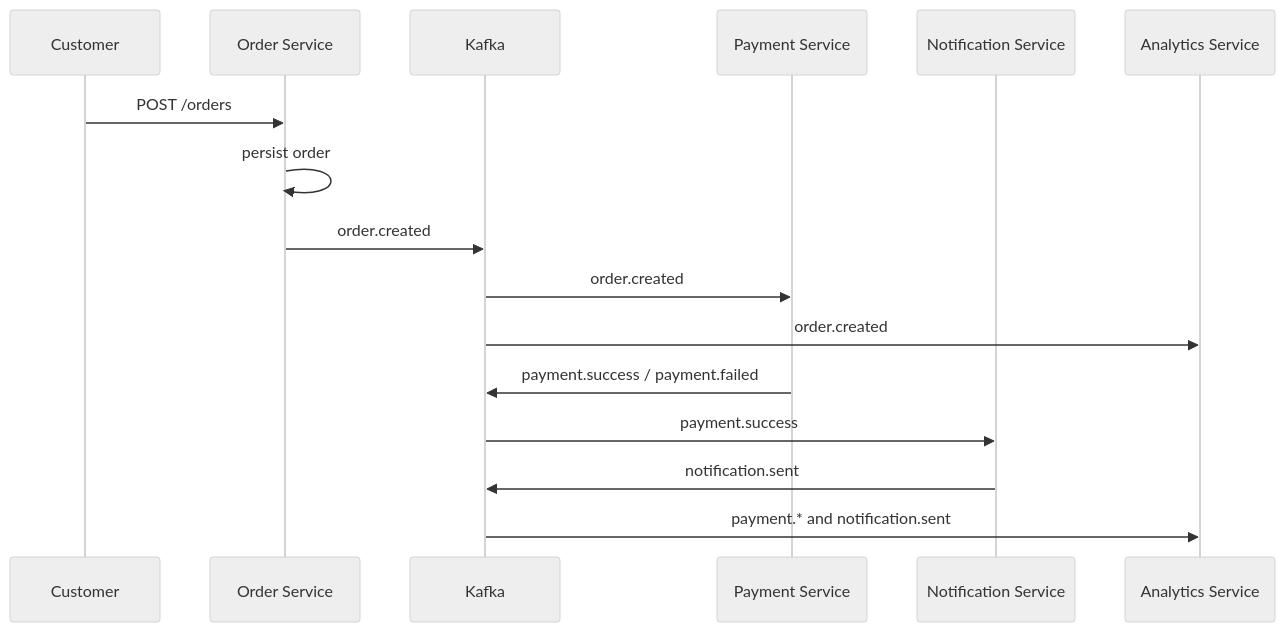
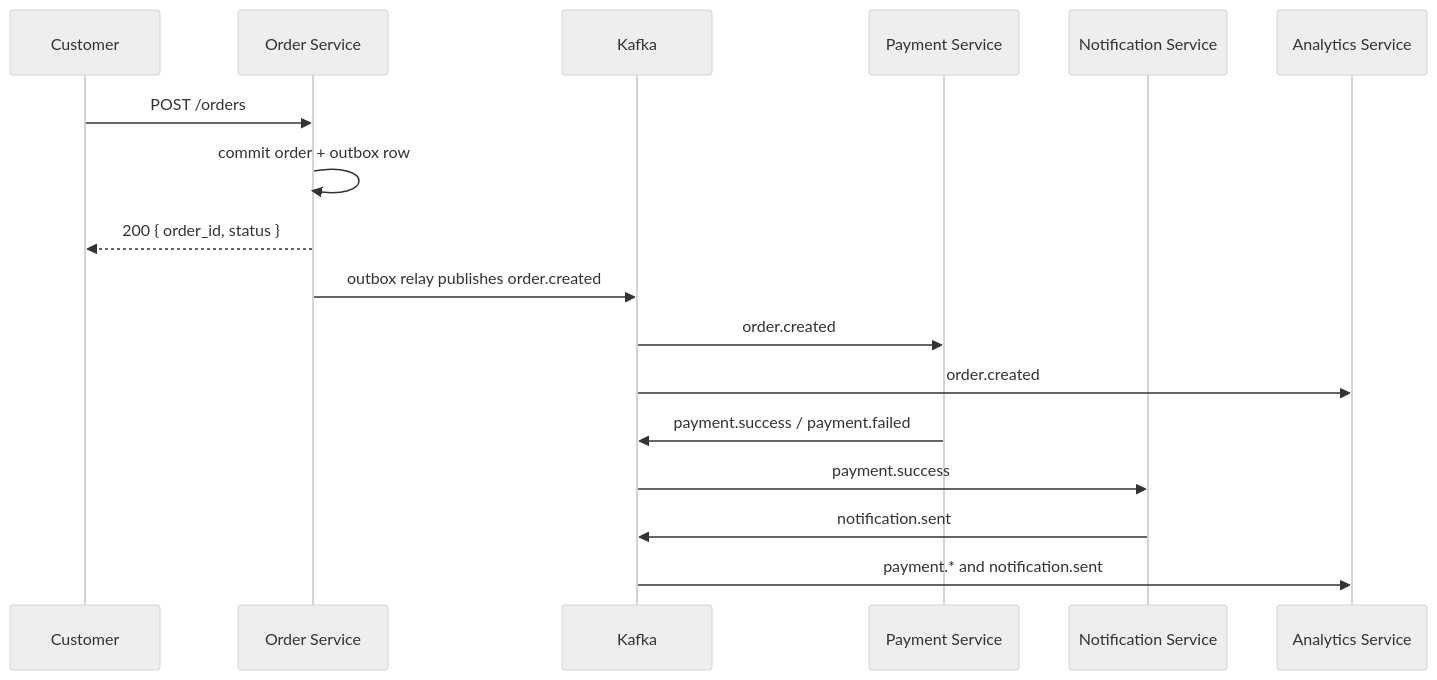
The second of 2 diagrams in README.md (jindalyash07/StreamForge), drawn with Mermaid (neutral theme) before and after one commit. The commit also changed other lines of this file and 21 other files, not shown here.

````diff
--- a/README.md
+++ b/README.md
@@ -58,19 +58,20 @@
 ```mermaid
 sequenceDiagram
     participant Customer
     participant Order as Order Service
     participant Kafka
     participant Payment as Payment Service
     participant Notify as Notification Service
     participant Analytics as Analytics Service
 
     Customer->>Order: POST /orders
-    Order->>Order: persist order
-    Order->>Kafka: order.created
+    Order->>Order: commit order + outbox row
+    Order-->>Customer: 200 { order_id, status }
+    Order->>Kafka: outbox relay publishes order.created
     Kafka->>Payment: order.created
     Kafka->>Analytics: order.created
     Payment->>Kafka: payment.success / payment.failed
     Kafka->>Notify: payment.success
     Notify->>Kafka: notification.sent
     Kafka->>Analytics: payment.* and notification.sent
 ```
````
